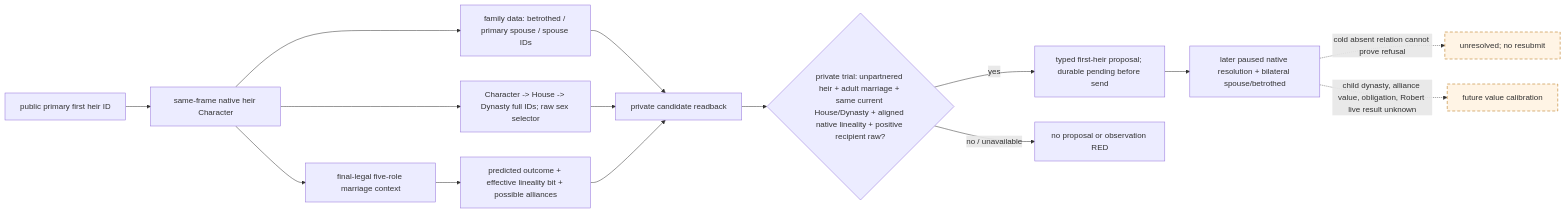
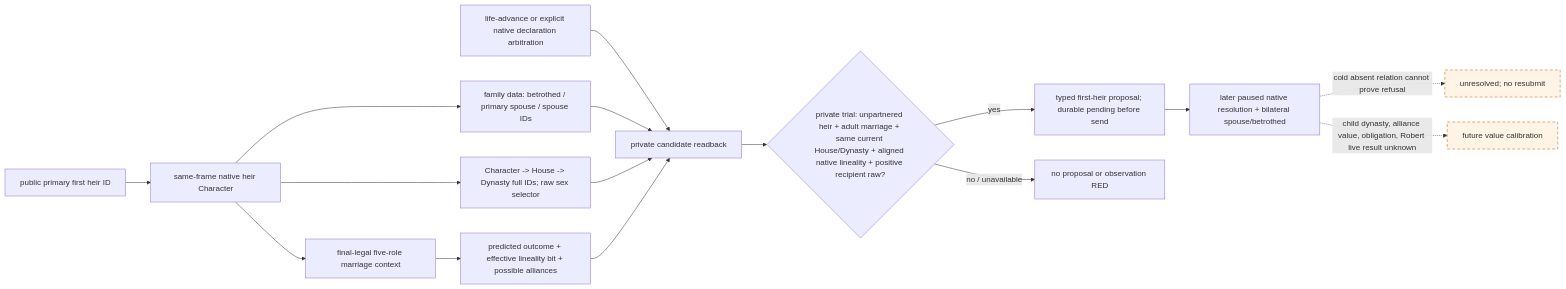
One commit to XenoAmess/ck3_eternal_recurrence changed the fifth of 7 diagrams in docs/ck3-native-ai/marriage-and-alliance.md. Above: the diagram before and after it, drawn with Mermaid. The commit also changed other lines of this file and 2 other files, not shown here.

Commit message:
NW-FAMILY-PREWAR Allow opt-in marriage planning before declaration

````diff
--- a/docs/ck3-native-ai/marriage-and-alliance.md
+++ b/docs/ck3-native-ai/marriage-and-alliance.md
@@ -673,19 +673,20 @@
 ```mermaid
 flowchart LR
   A["public primary first heir ID"] --> B["same-frame native heir Character"]
   B --> C["family data: betrothed / primary spouse / spouse IDs"]
   B --> H["Character -> House -> Dynasty full IDs; raw sex selector"]
   B --> D["final-legal five-role marriage context"]
   D --> E["predicted outcome + effective lineality bit + possible alliances"]
+  P["life-advance or explicit native declaration arbitration"] --> F
   C --> F["private candidate readback"]
   H --> F
   E --> F
   F --> V{"private trial: unpartnered heir + adult marriage + same current House/Dynasty + aligned native lineality + positive recipient raw?"}
   V -->|yes| G["typed first-heir proposal; durable pending before send"]
   V -->|no / unavailable| U["no proposal or observation RED"]
   G --> R["later paused native resolution + bilateral spouse/betrothed"]
   R -. "cold absent relation cannot prove refusal" .-> X["unresolved; no resubmit"]
   R -. "child dynasty, alliance value, obligation, Robert live result unknown" .-> Y["future value calibration"]
   classDef unknown stroke-dasharray:6 4,fill:#fff4e5,stroke:#b36b00;
   class X,Y unknown;
 ```
````
